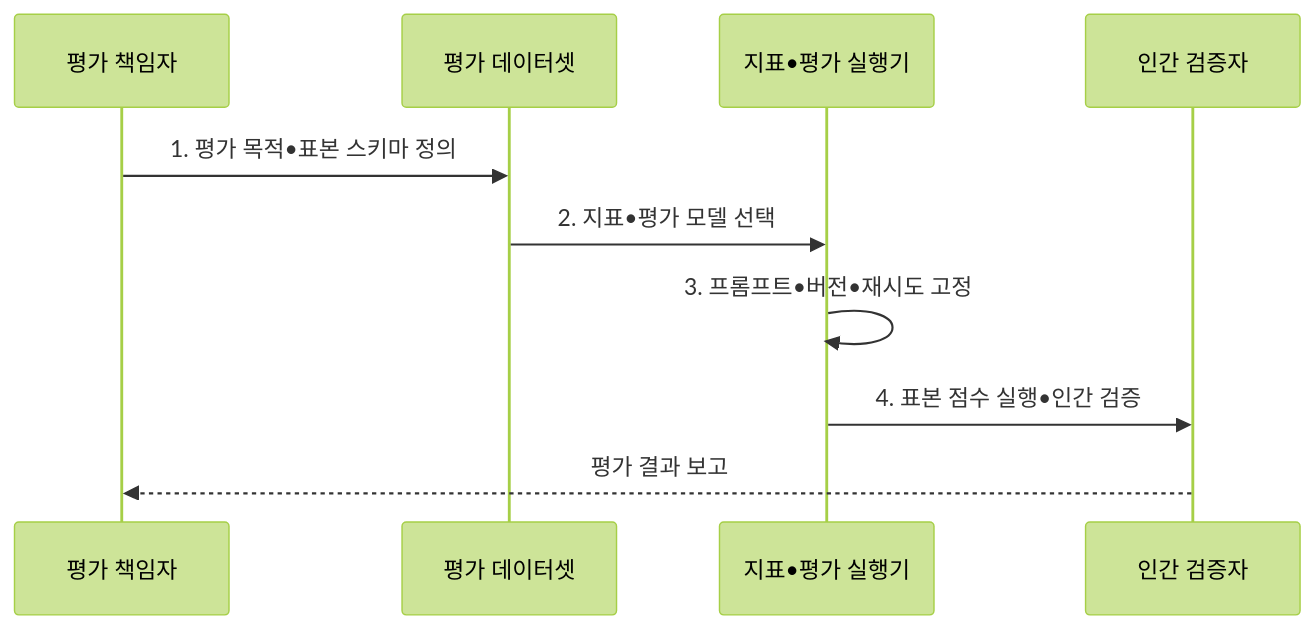
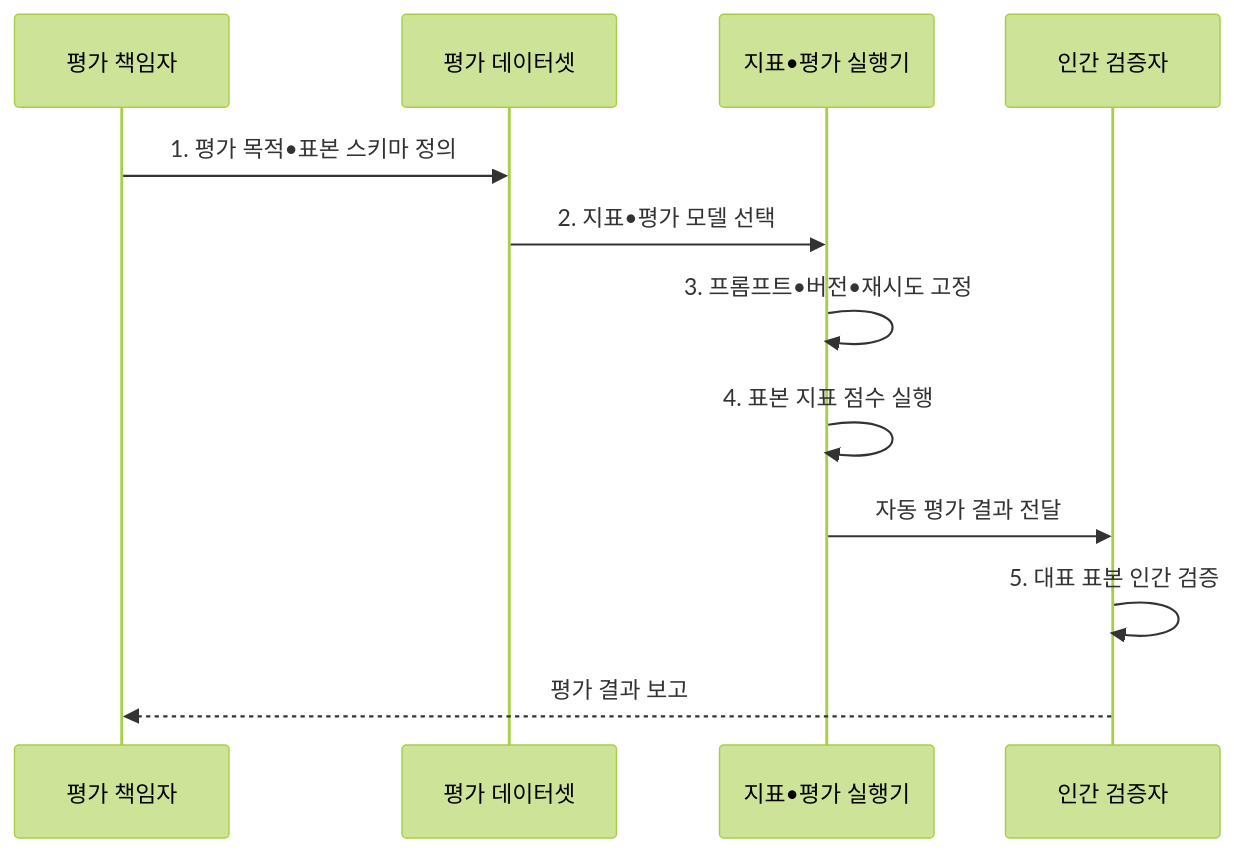
Before and after one commit to agnusdei1207/knowledge-base: the second of 2 diagrams in src/content/docs/notes/08-latest-tech/082_ragas.md, drawn with Mermaid (forest theme). The commit also changed other lines of this file and 13 other files, not shown here.

````diff
--- a/src/content/docs/notes/08-latest-tech/082_ragas.md
+++ b/src/content/docs/notes/08-latest-tech/082_ragas.md
@@ -101,12 +101,14 @@
 ```mermaid
 sequenceDiagram
     participant O as 평가 책임자
     participant D as 평가 데이터셋
     participant E as 지표•평가 실행기
     participant H as 인간 검증자
     O->>D: 1. 평가 목적•표본 스키마 정의
     D->>E: 2. 지표•평가 모델 선택
     E->>E: 3. 프롬프트•버전•재시도 고정
-    E->>H: 4. 표본 점수 실행•인간 검증
+    E->>E: 4. 표본 지표 점수 실행
+    E->>H: 자동 평가 결과 전달
+    H->>H: 5. 대표 표본 인간 검증
     H-->>O: 평가 결과 보고
 ```
````
